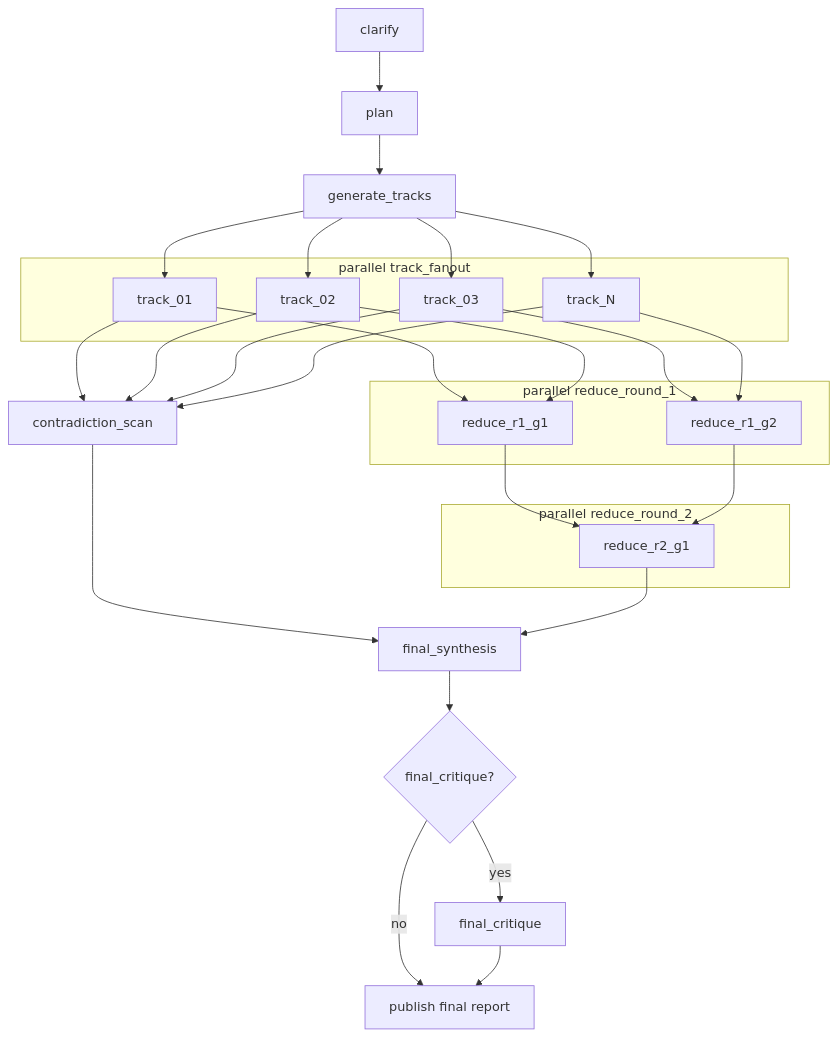
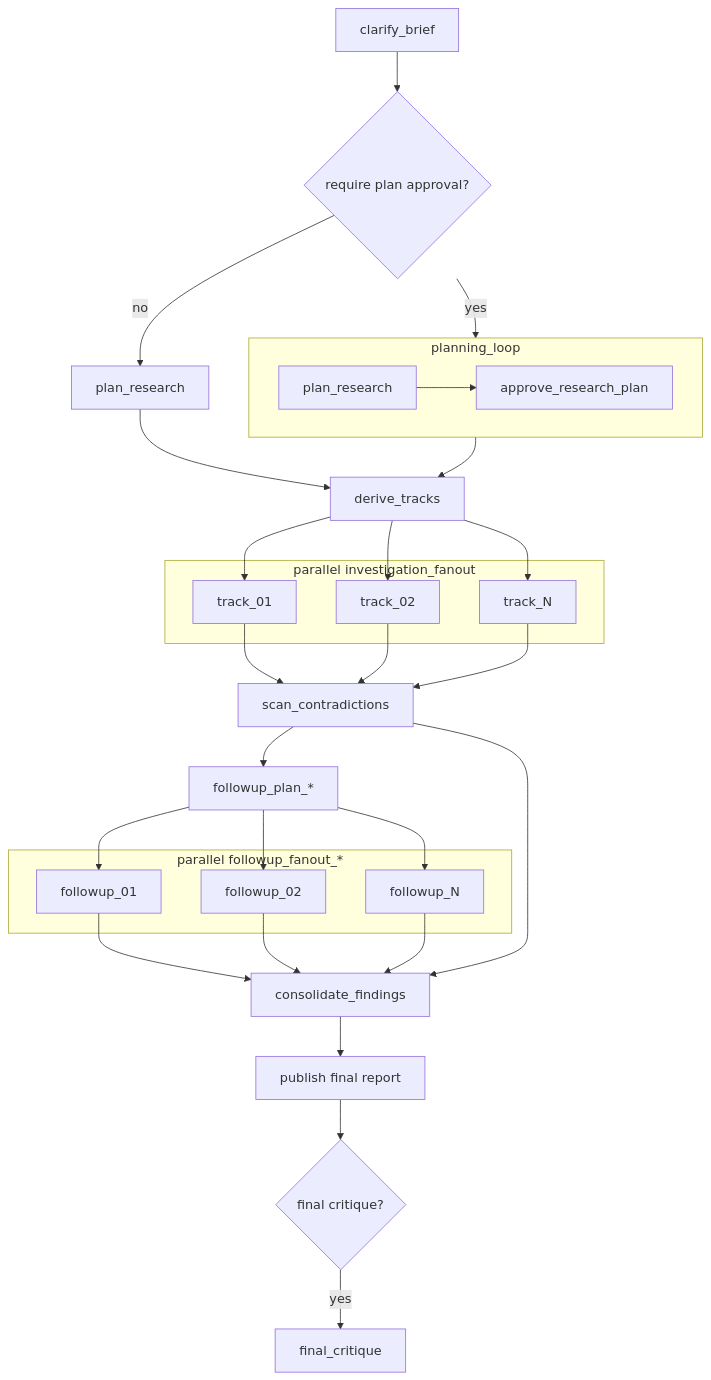
One commit to koji98/agentflow changed the diagram in docs/DEEP_RESEARCH_WORKFLOW.md. Above: the diagram before and after it, drawn with Mermaid. The commit also changed other lines of this file and 23 other files, not shown here.

````diff
--- a/docs/DEEP_RESEARCH_WORKFLOW.md
+++ b/docs/DEEP_RESEARCH_WORKFLOW.md
@@ -26,52 +9,53 @@
 ```mermaid
 flowchart TD
-    clarify["clarify"]
-    plan["plan"]
-    tracks["generate_tracks"]
-    contradictions["contradiction_scan"]
-    synth["final_synthesis"]
-    critique{"final_critique?"}
-    finalCritique["final_critique"]
-    done["publish final report"]
+    brief["clarify_brief"]
+    plan{"require plan approval?"}
+    planOnce["plan_research"]
 
-    subgraph fanout["parallel track_fanout"]
+    subgraph planLoop["planning_loop"]
+        p1["plan_research"]
+        p2["approve_research_plan"]
+        p1 --> p2
+    end
+
+    tracks["derive_tracks"]
+
+    subgraph investigate["parallel investigation_fanout"]
         t1["track_01"]
         t2["track_02"]
-        t3["track_03"]
         tN["track_N"]
     end
 
-    subgraph reduce1["parallel reduce_round_1"]
-        r11["reduce_r1_g1"]
-        r12["reduce_r1_g2"]
+    contradictions["scan_contradictions"]
+    followupPlan["followup_plan_*"]
+
+    subgraph followups["parallel followup_fanout_*"]
+        f1["followup_01"]
+        f2["followup_02"]
+        fN["followup_N"]
     end
 
-    subgraph reduce2["parallel reduce_round_2"]
-        r21["reduce_r2_g1"]
-    end
+    consolidate["consolidate_findings"]
+    publish["publish final report"]
+    critique{"final critique?"}
+    finalCritique["final_critique"]
 
-    clarify --> plan --> tracks
+    brief --> plan
+    plan -->|no| planOnce --> tracks
+    plan -->|yes| planLoop --> tracks
     tracks --> t1
     tracks --> t2
-    tracks --> t3
     tracks --> tN
-
     t1 --> contradictions
     t2 --> contradictions
-    t3 --> contradictions
     tN --> contradictions
-
-    t1 --> r11
-    t2 --> r11
-    t3 --> r12
-    tN --> r12
-
-    r11 --> r21
-    r12 --> r21
-    contradictions --> synth
-    r21 --> synth
-    synth --> critique
+    contradictions --> followupPlan --> f1
+    followupPlan --> f2
+    followupPlan --> fN
+    f1 --> consolidate
+    f2 --> consolidate
+    fN --> consolidate
+    contradictions --> consolidate
+    consolidate --> publish --> critique
     critique -->|yes| finalCritique
-    critique -->|no| done
-    finalCritique --> done
 ```
````
